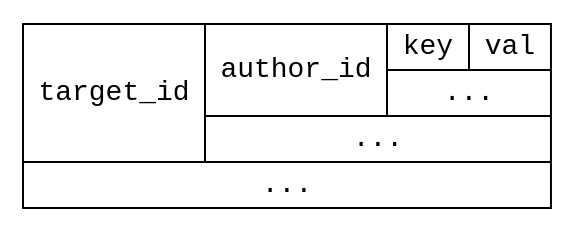
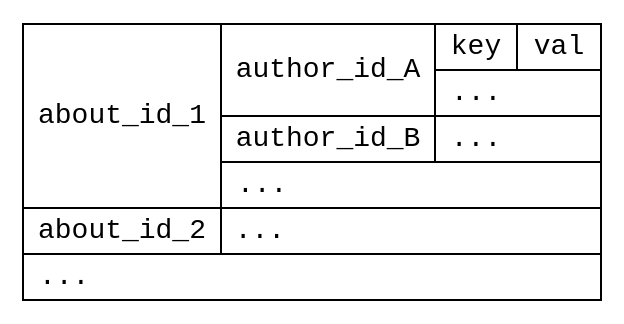
The diagram in figs/about-ds.dot (tschudin/ssb-icn2019-paper), drawn with Graphviz before and after one commit. The commit also changed 2 other files, not shown here.

Commit message:
modify/extend figure 3 ('about'), add more explaining text

```diff
--- a/figs/about-ds.dot
+++ b/figs/about-ds.dot
@@ -1,5 +1,5 @@
 digraph structs {
   node [shape = record, fontname = "courier"];
   rankdir = LR;
-  about [label = "{target_id | {{author_id | {{key | val}|...}} | ...  }} | ..."];
+  about [label = "{about_id_1 | {{author_id_A | {{key | val}| ...\l}} | {author_id_B | ... \ \ \ \ } | ...\l  }} | {about_id_2 | ... \ \ \ \ \ \ \ \ \ \ \ \ \ \ \ \ \ } | ...\l"];
 } 
```
